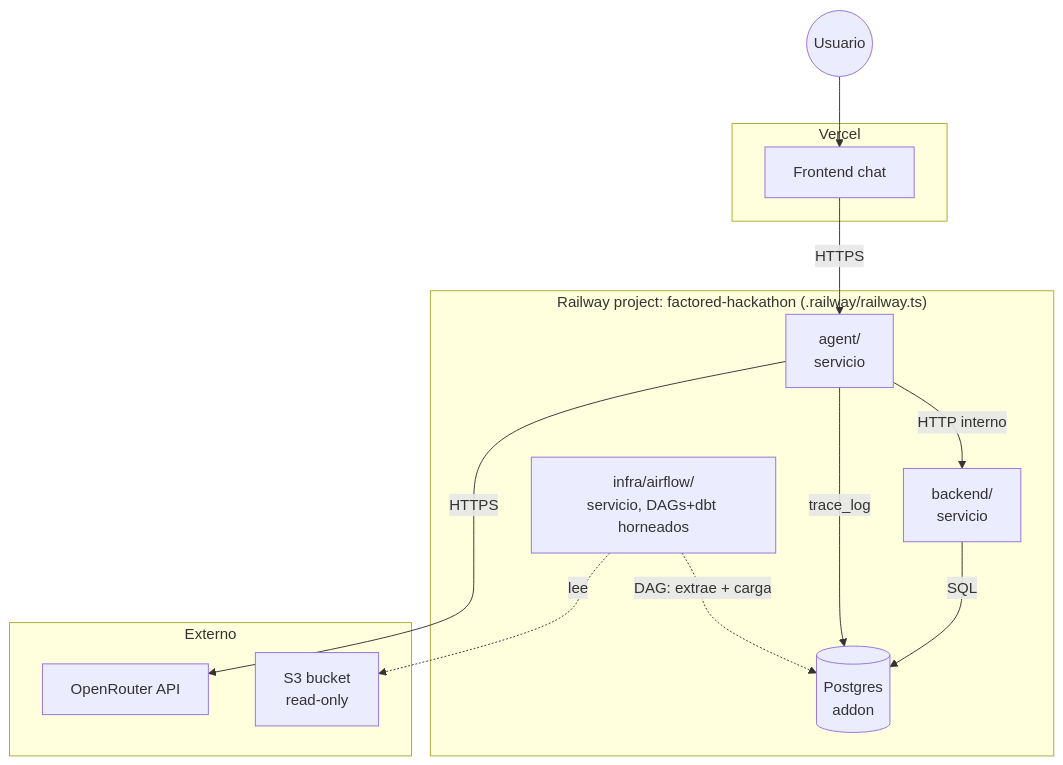
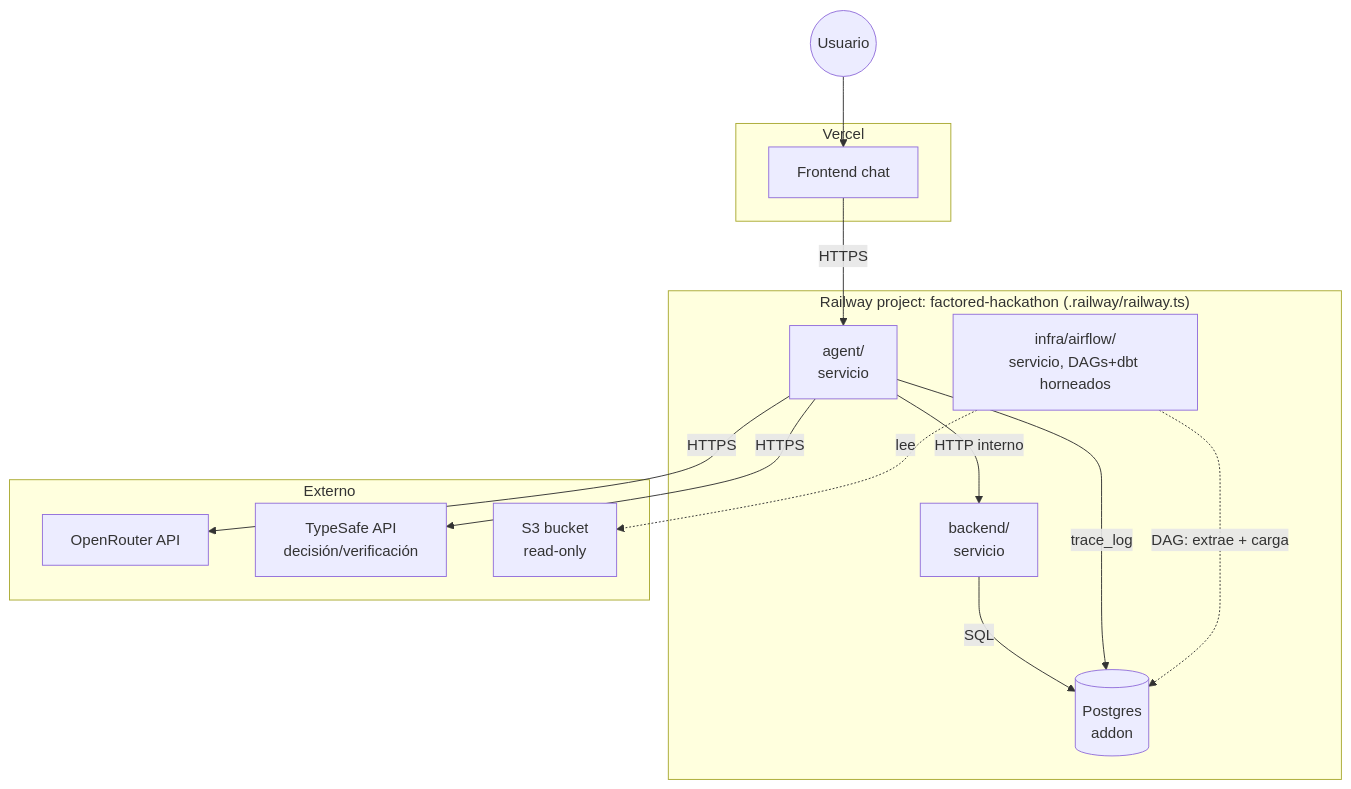
One commit to diego-rejalas/factored-hackathon-2026-bitcoders changed the second of 2 diagrams in spec/ARCHITECTURE.md. Above: the diagram before and after it, drawn with Mermaid. The commit also changed other lines of this file and 3 other files, not shown here.

````diff
--- a/spec/ARCHITECTURE.md
+++ b/spec/ARCHITECTURE.md
@@ -54,28 +55,30 @@
 ```mermaid
 flowchart TB
     subgraph vercel["Vercel"]
         FE[Frontend chat]
     end
 
     subgraph railway["Railway project: factored-hackathon (.railway/railway.ts)"]
         AGENT[agent/<br/>servicio]
         BANK[backend/<br/>servicio]
         AIRFLOW[infra/airflow/<br/>servicio, DAGs+dbt horneados]
         PG[(Postgres<br/>addon)]
     end
 
     subgraph external["Externo"]
         OR[OpenRouter API]
+        TS[TypeSafe API<br/>decisión/verificación]
         S3[S3 bucket<br/>read-only]
     end
 
     USER((Usuario)) --> FE
     FE -->|HTTPS| AGENT
     AGENT -->|HTTP interno| BANK
     AGENT -->|HTTPS| OR
+    AGENT -->|HTTPS| TS
     BANK -->|SQL| PG
     AGENT -->|trace_log| PG
 
     AIRFLOW -.->|DAG: extrae + carga| PG
     AIRFLOW -.->|lee| S3
 ```
````
